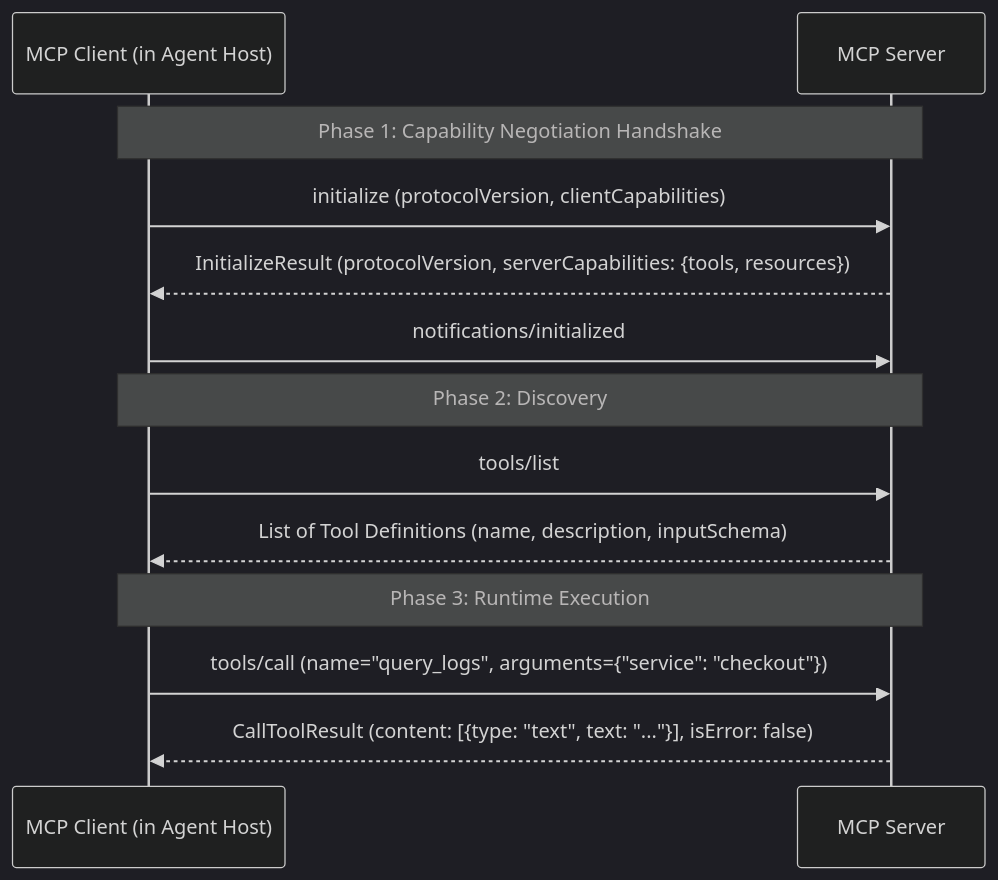
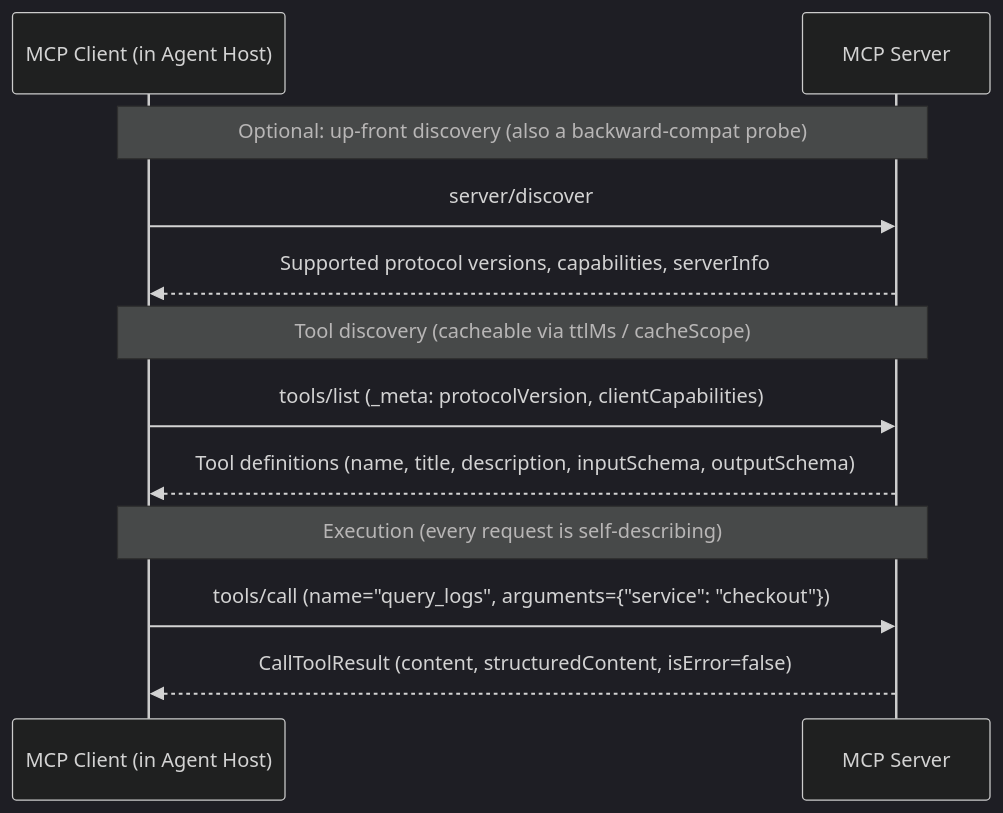
One commit to Rajdipc/agentic-ai-orchestration-patterns changed the second of 3 diagrams in chapter-09-mcp-and-a2a-interoperability.md. Above: the diagram before and after it, drawn with Mermaid (dark theme). The commit also changed other lines of this file and 18 other files, not shown here.

````diff
--- a/chapter-09-mcp-and-a2a-interoperability.md
+++ b/chapter-09-mcp-and-a2a-interoperability.md
@@ -63,18 +71,17 @@
 ```mermaid
 sequenceDiagram
     participant Client as MCP Client (in Agent Host)
     participant Server as MCP Server
 
-    Note over Client,Server: Phase 1: Capability Negotiation Handshake
-    Client->>Server: initialize (protocolVersion, clientCapabilities)
-    Server-->>Client: InitializeResult (protocolVersion, serverCapabilities: {tools, resources})
-    Client->>Server: notifications/initialized
+    Note over Client,Server: Optional: up-front discovery (also a backward-compat probe)
+    Client->>Server: server/discover
+    Server-->>Client: Supported protocol versions, capabilities, serverInfo
 
-    Note over Client,Server: Phase 2: Discovery
-    Client->>Server: tools/list
-    Server-->>Client: List of Tool Definitions (name, description, inputSchema)
+    Note over Client,Server: Tool discovery (cacheable via ttlMs / cacheScope)
+    Client->>Server: tools/list (_meta: protocolVersion, clientCapabilities)
+    Server-->>Client: Tool definitions (name, title, description, inputSchema, outputSchema)
 
-    Note over Client,Server: Phase 3: Runtime Execution
+    Note over Client,Server: Execution (every request is self-describing)
     Client->>Server: tools/call (name="query_logs", arguments={"service": "checkout"})
-    Server-->>Client: CallToolResult (content: [{type: "text", text: "..."}], isError: false)
+    Server-->>Client: CallToolResult (content, structuredContent, isError=false)
 ```
````
